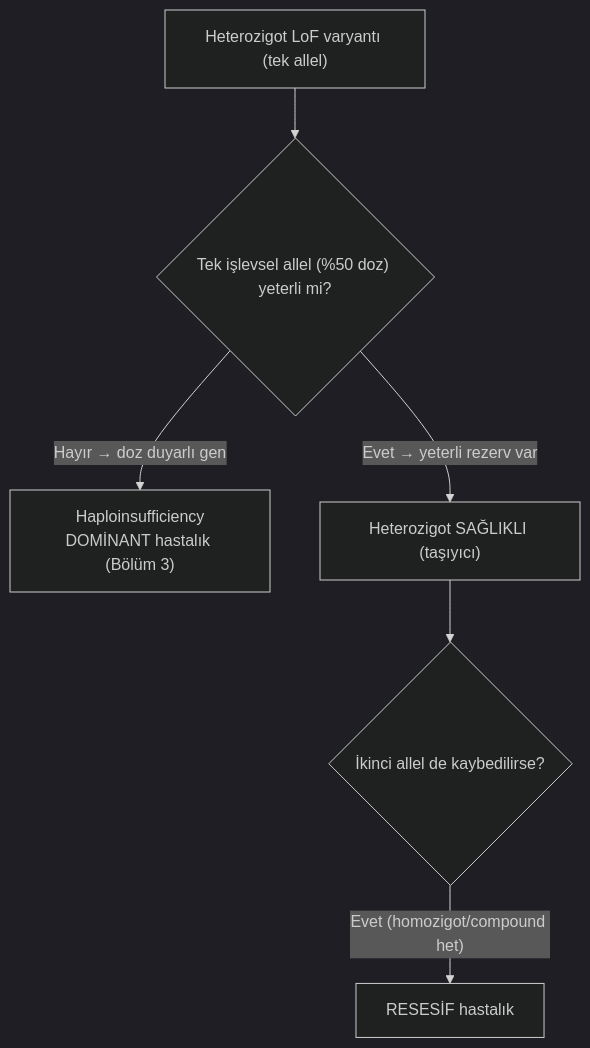
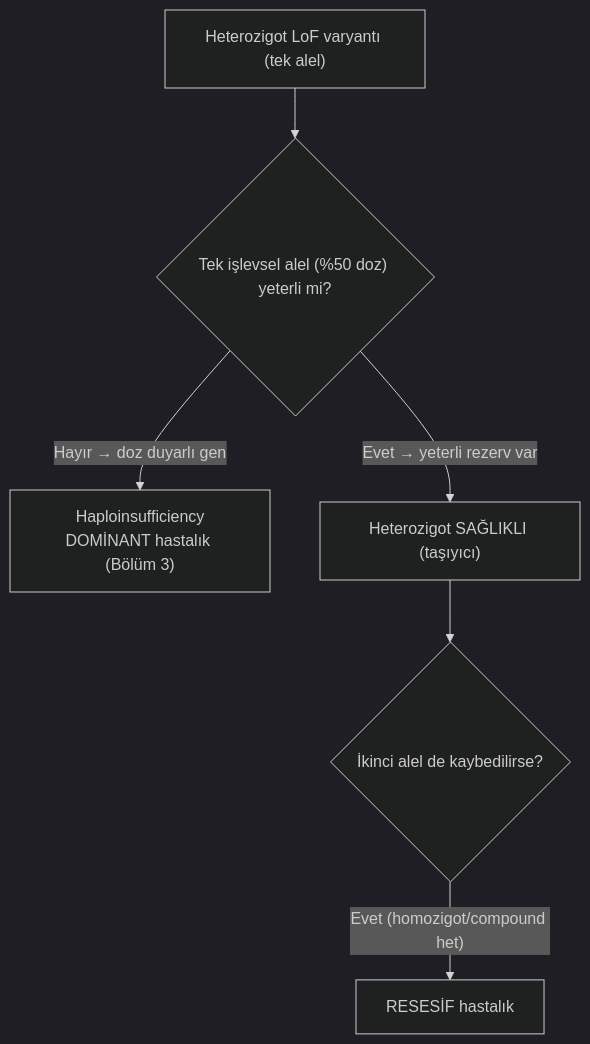
The first of 3 diagrams in Bölüm_02_Loss_of_Function.md (MDKalenderoglu/Mekanizma_Kitab-), drawn with Mermaid (dark theme) before and after one commit. The commit also changed other lines of this file and 21 other files, not shown here.

````diff
--- a/Bölüm_02_Loss_of_Function.md
+++ b/Bölüm_02_Loss_of_Function.md
@@ -129,8 +137,8 @@
 ```mermaid
 flowchart TD
-  A["Heterozigot LoF varyantı (tek allel)"] --> B{"Tek işlevsel allel (%50 doz) yeterli mi?"}
+  A["Heterozigot LoF varyantı (tek alel)"] --> B{"Tek işlevsel alel (%50 doz) yeterli mi?"}
   B -->|"Hayır → doz duyarlı gen"| C["Haploinsufficiency<br/>DOMİNANT hastalık (Bölüm 3)"]
   B -->|"Evet → yeterli rezerv var"| D["Heterozigot SAĞLIKLI (taşıyıcı)"]
-  D --> E{"İkinci allel de kaybedilirse?"}
+  D --> E{"İkinci alel de kaybedilirse?"}
   E -->|"Evet (homozigot/compound het)"| F["RESESİF hastalık"]
 ```
````
